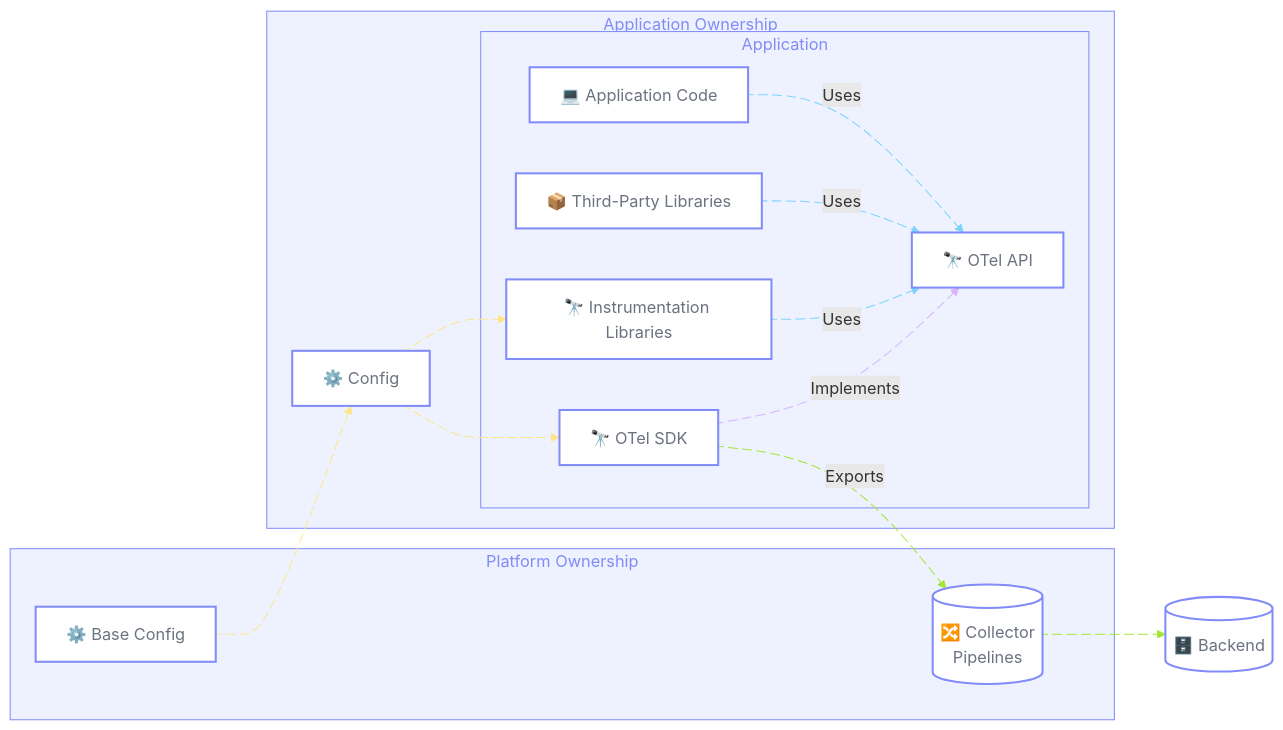
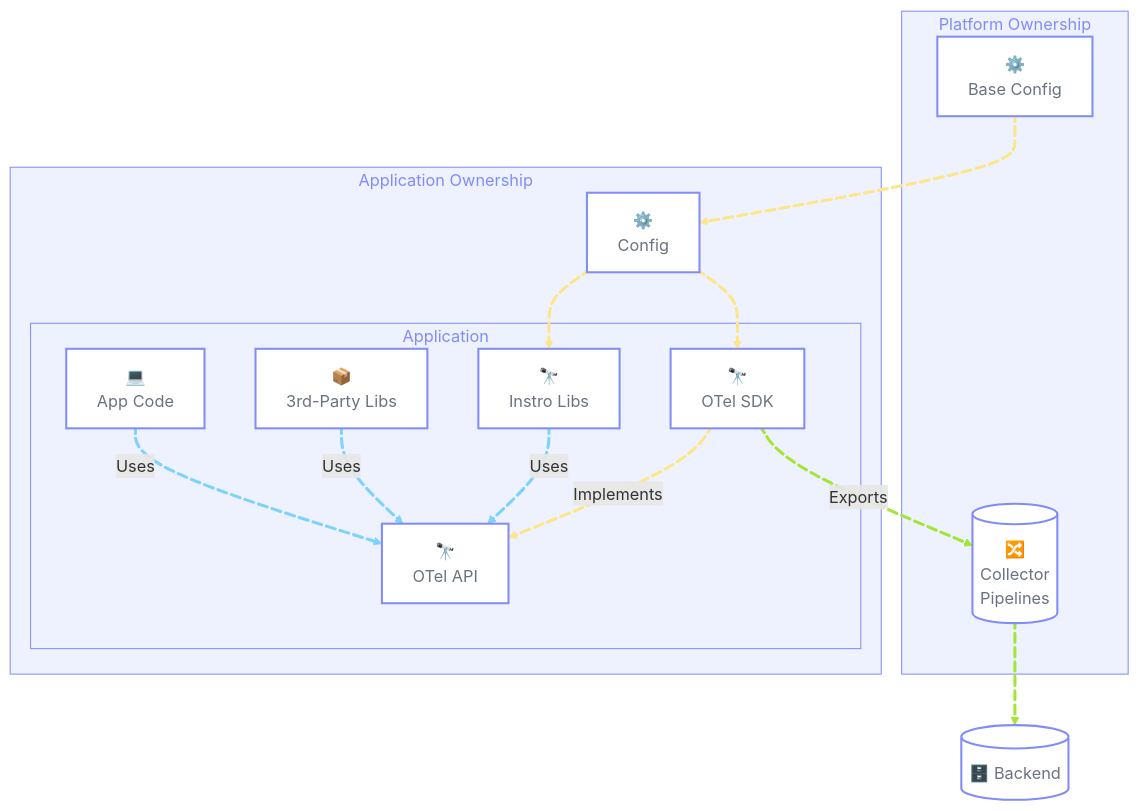
One commit to open-telemetry/opentelemetry.io changed the second of 4 diagrams in content/en/docs/guidance/blueprints/centralized-platforms.md. Above: the diagram before and after it, drawn with Mermaid.

Commit message:
Chages to diagram 2

````diff
--- a/content/en/docs/guidance/blueprints/centralized-platforms.md
+++ b/content/en/docs/guidance/blueprints/centralized-platforms.md
@@ -328,57 +328,56 @@
 ```mermaid
 ---
 config:
   flowchart:
     curve: basis
 ---
-flowchart LR
+flowchart TD
     subgraph User["Application Ownership"]
         Application["Application"]:::node
-        Config["⚙️ Config"]:::node
+        Config["⚙️<br>Config"]:::node
     end
 
     subgraph Platform["Platform Ownership"]
-        Collector[("🔀️ Collector<br>Pipelines")]:::node
-        BaseConfig["⚙️ Base Config"]:::node
+        Collector[("🔀️<br>Collector<br>Pipelines")]:::node
+        BaseConfig["⚙️<br>Base Config"]:::node
     end
 
     subgraph Application["Application"]
-        AppCode["💻 Application Code"]:::node
-        ThirdParty["📦 Third-Party Libraries"]:::node
-        InstLibs["🔭 Instrumentation Libraries"]:::node
-        OTelSDK["🔭 OTel SDK"]:::node
-        OTelAPI["🔭 OTel API"]:::node
+        AppCode["💻<br>App Code"]:::node
+        ThirdParty["📦<br>3rd-Party Libs"]:::node
+        InstLibs["🔭<br>Instro Libs"]:::node
+        OTelSDK["🔭<br>OTel SDK"]:::node
+        OTelAPI["🔭<br>OTel API"]:::node
     end
 
     Sink[("🗄️ Backend")]:::node
 
     AppCode L_AppCode_API@-- Uses --> OTelAPI
     ThirdParty L_ThirdParty_API@-- Uses --> OTelAPI
     InstLibs L_InstLibs_API@-- Uses --> OTelAPI
     OTelSDK L_SDK_API@-. Implements .-> OTelAPI
 
     Config L_Config_InstLibs@-.-> InstLibs
     Config L_Config_SDK@-.-> OTelSDK
     OTelSDK L_SDK_Collector@-- Exports --> Collector
     Collector L_Collector_Sink@--> Sink
     BaseConfig L_BaseConfig_Config@-.-> Config
 
     classDef node fill:#ffffff, stroke:#818cf8, stroke-width:2px, color:#6b7280
     style User fill:#eef2ff, stroke:#818cf8, stroke-width:1px, color:#818cf8
     style Platform fill:#eef2ff, stroke:#818cf8, stroke-width:1px, color:#818cf8
     style Application fill:#eef2ff, stroke:#818cf8, stroke-width:1px, color:#818cf8
-    linkStyle 0,1,2 stroke:#7dd3fc, fill:none
-    linkStyle 3 stroke:#d8b4fe, fill:none
-    linkStyle 4,5,8 stroke:#fde68a, fill:none
-    linkStyle 6,7 stroke:#a3e635, fill:none
+    linkStyle 0,1,2 stroke:#7dd3fc, fill:none, stroke-width:3px
+    linkStyle 3,4,5,8 stroke:#fde68a, fill:none, stroke-width:3px
+    linkStyle 6,7 stroke:#a3e635, fill:none, stroke-width:3px
 
     L_AppCode_API@{ animation: fast }
     L_ThirdParty_API@{ animation: fast }
     L_InstLibs_API@{ animation: fast }
     L_SDK_API@{ animation: slow }
     L_Config_InstLibs@{ animation: slow }
     L_Config_SDK@{ animation: slow }
     L_SDK_Collector@{ animation: fast }
     L_Collector_Sink@{ animation: fast }
     L_BaseConfig_Config@{ animation: slow }
 ```
````
